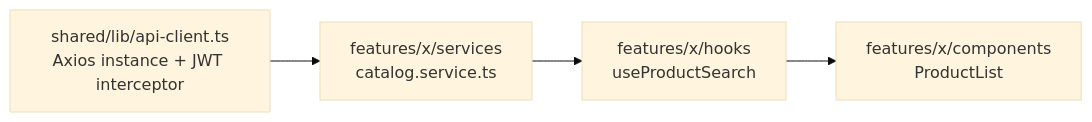
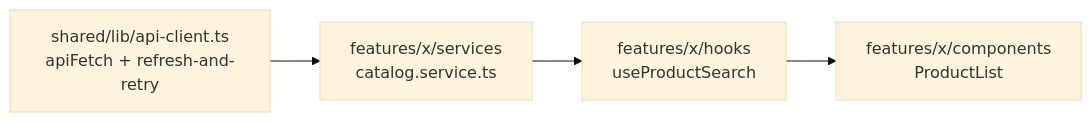
The third of 3 diagrams in 02-frontend-nextjs/docs/ARCHITECTURE-FRONTEND.md (DucTrung611/Vibecode-SmartMart), drawn with Mermaid (base theme) before and after one commit. The commit also changed other lines of this file and 1 other file, not shown here.

Commit message:
docs(frontend): document fetch/Context/proxy.ts stack decisions

````diff
--- a/02-frontend-nextjs/docs/ARCHITECTURE-FRONTEND.md
+++ b/02-frontend-nextjs/docs/ARCHITECTURE-FRONTEND.md
@@ -142,6 +145,6 @@
 ```mermaid
 flowchart LR
-    A[shared/lib/api-client.ts<br/>Axios instance + JWT interceptor] --> B[features/x/services<br/>catalog.service.ts]
+    A[shared/lib/api-client.ts<br/>apiFetch + refresh-and-retry] --> B[features/x/services<br/>catalog.service.ts]
     B --> C[features/x/hooks<br/>useProductSearch]
     C --> D[features/x/components<br/>ProductList]
 ```
````
